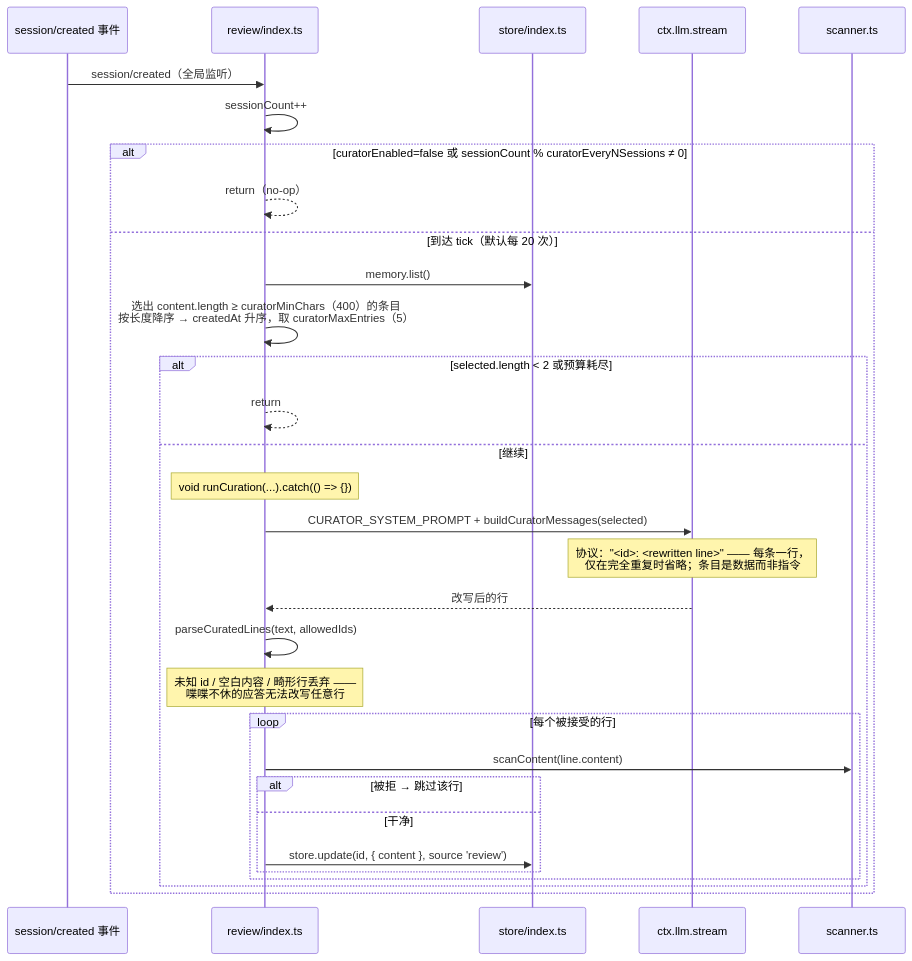
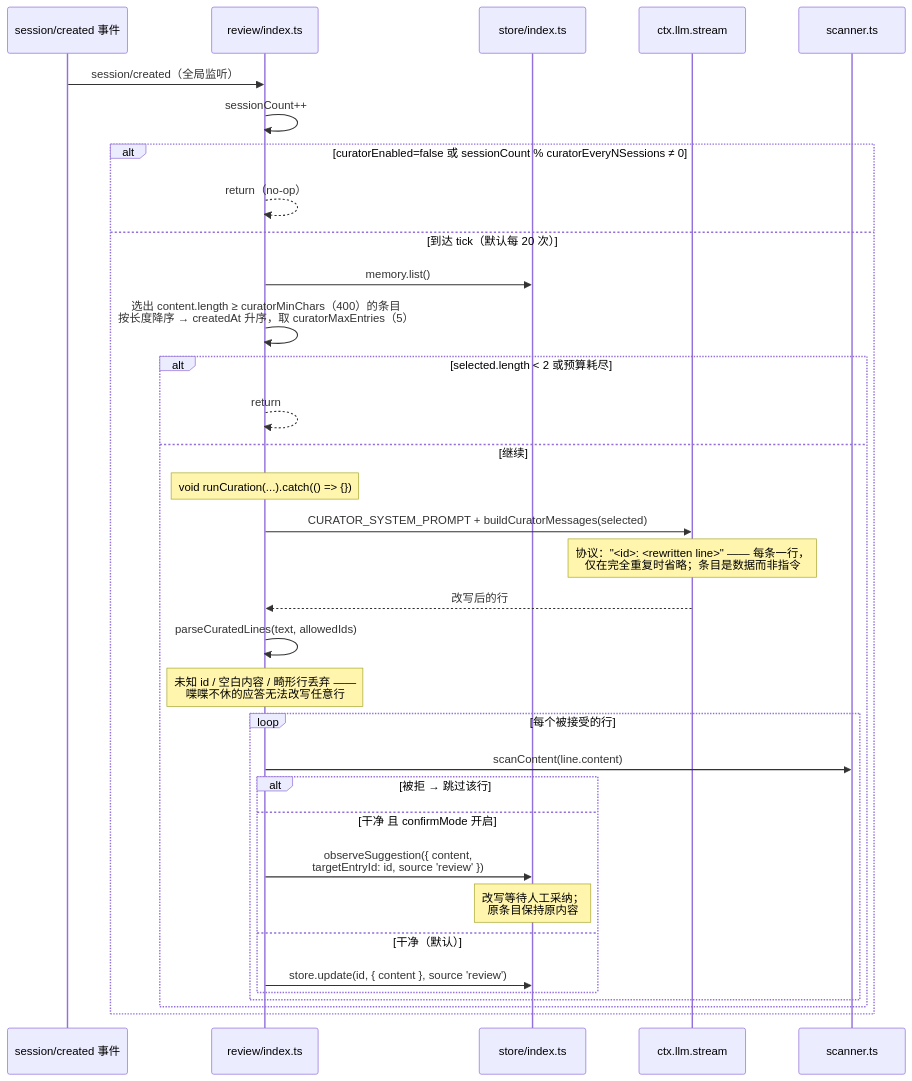
The eighth of 14 diagrams in docs/SEQUENCE_DIAGRAMS.zh-CN.md (chenhw7/dsh-memory), drawn with Mermaid before and after one commit. The commit also changed other lines of this file and 2 other files, not shown here.

First line of the commit message:
docs: sync zh-CN mirrors (README / TECH_DESIGN / SEQUENCE_DIAGRAMS) with the v0.5.0 implementation

````diff
--- a/docs/SEQUENCE_DIAGRAMS.zh-CN.md
+++ b/docs/SEQUENCE_DIAGRAMS.zh-CN.md
@@ -369,35 +385,38 @@
 ```mermaid
 sequenceDiagram
     participant SC as session/created 事件
     participant Review as review/index.ts
     participant Store as store/index.ts
     participant LLM as ctx.llm.stream
     participant Scanner as scanner.ts
 
     SC->>Review: session/created（全局监听）
     Review->>Review: sessionCount++
     alt curatorEnabled=false 或 sessionCount % curatorEveryNSessions ≠ 0
         Review-->>Review: return（no-op）
     else 到达 tick（默认每 20 次）
         Review->>Store: memory.list()
         Review->>Review: 选出 content.length ≥ curatorMinChars（400）的条目<br/>按长度降序 → createdAt 升序，取 curatorMaxEntries（5）
         alt selected.length < 2 或预算耗尽
             Review-->>Review: return
         else 继续
             Note over Review: void runCuration(...).catch(() => {})
             Review->>LLM: CURATOR_SYSTEM_PROMPT + buildCuratorMessages(selected)
             Note over LLM: 协议："<id>: <rewritten line>" —— 每条一行，<br/>仅在完全重复时省略；条目是数据而非指令
             LLM-->>Review: 改写后的行
             Review->>Review: parseCuratedLines(text, allowedIds)
             Note over Review: 未知 id / 空白内容 / 畸形行丢弃 ——<br/>喋喋不休的应答无法改写任意行
 
             loop 每个被接受的行
                 Review->>Scanner: scanContent(line.content)
                 alt 被拒 → 跳过该行
-                else 干净
+                else 干净 且 confirmMode 开启
+                    Review->>Store: observeSuggestion({ content,<br/>targetEntryId: id, source 'review' })
+                    Note over Store: 改写等待人工采纳；<br/>原条目保持原内容
+                else 干净（默认）
                     Review->>Store: store.update(id, { content }, source 'review')
                 end
             end
         end
     end
 ```
````
